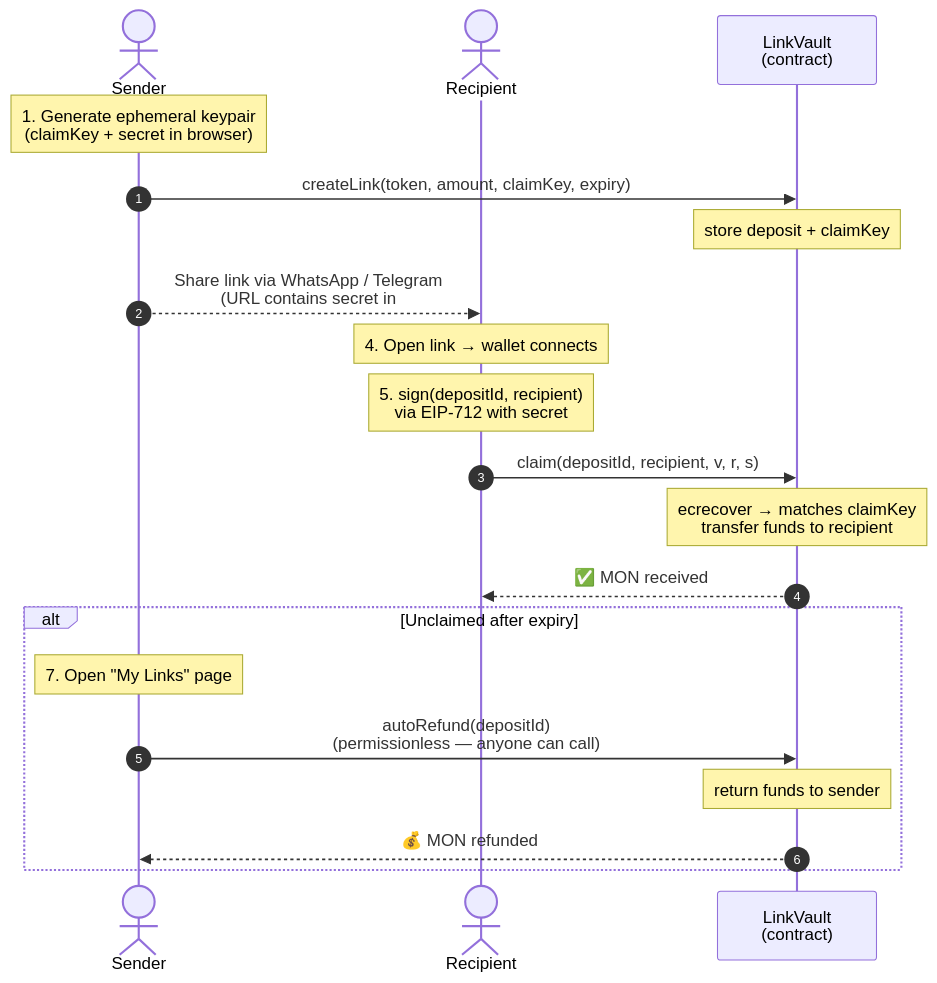
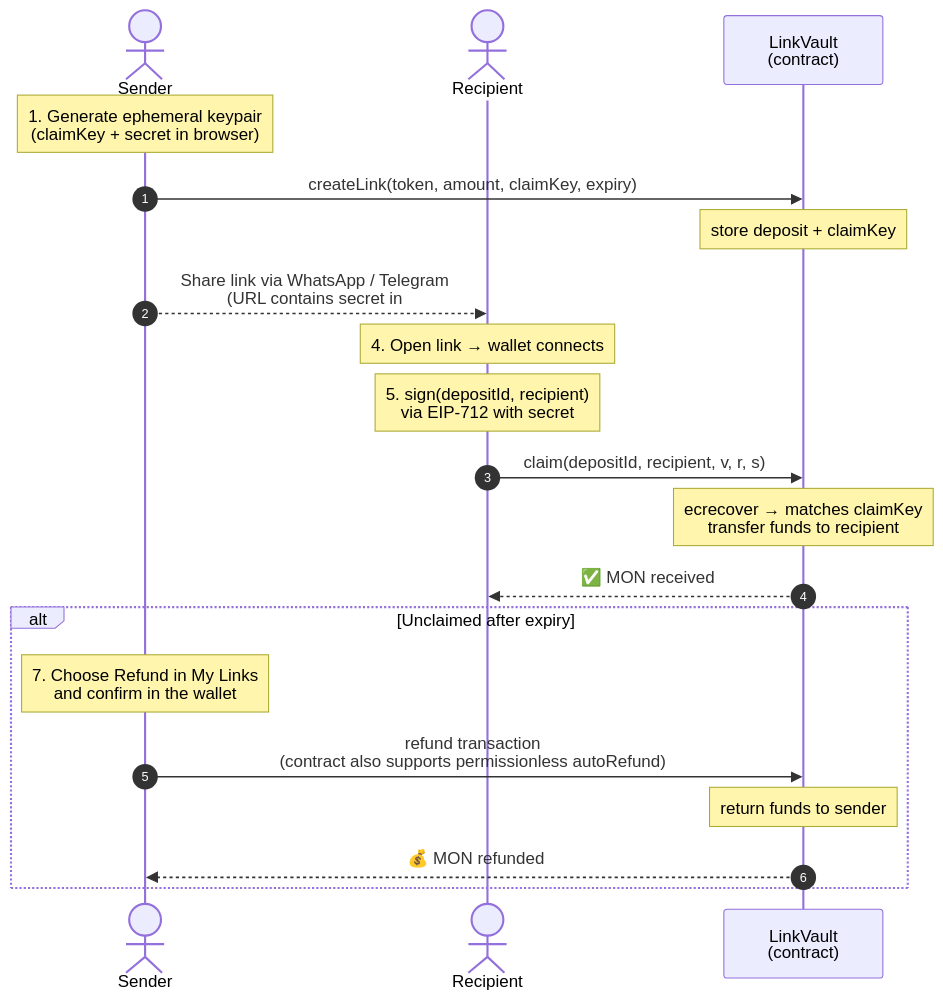
One commit to akzmee/monlipay changed the diagram in README.md. Above: the diagram before and after it, drawn with Mermaid. The commit also changed other lines of this file and 163 other files, not shown here.

````diff
--- a/README.md
+++ b/README.md
@@ -51,26 +59,26 @@
 ```mermaid
 sequenceDiagram
     autonumber
     actor S as Sender
     actor R as Recipient
     participant C as LinkVault<br/>(contract)
 
     Note over S: 1. Generate ephemeral keypair<br/>(claimKey + secret in browser)
 
     S->>C: createLink(token, amount, claimKey, expiry)
     Note over C: store deposit + claimKey
     S-->>R: Share link via WhatsApp / Telegram<br/>(URL contains secret in #fragment)
 
     Note over R: 4. Open link → wallet connects
     Note over R: 5. sign(depositId, recipient)<br/>via EIP-712 with secret
     R->>C: claim(depositId, recipient, v, r, s)
     Note over C: ecrecover → matches claimKey<br/>transfer funds to recipient
     C-->>R: ✅ MON received
 
     alt Unclaimed after expiry
-        Note over S: 7. Open "My Links" page
-        S->>C: autoRefund(depositId)<br/>(permissionless — anyone can call)
+        Note over S: 7. Choose Refund in My Links<br/>and confirm in the wallet
+        S->>C: refund transaction<br/>(contract also supports permissionless autoRefund)
         Note over C: return funds to sender
         C-->>S: 💰 MON refunded
     end
 ```
````
